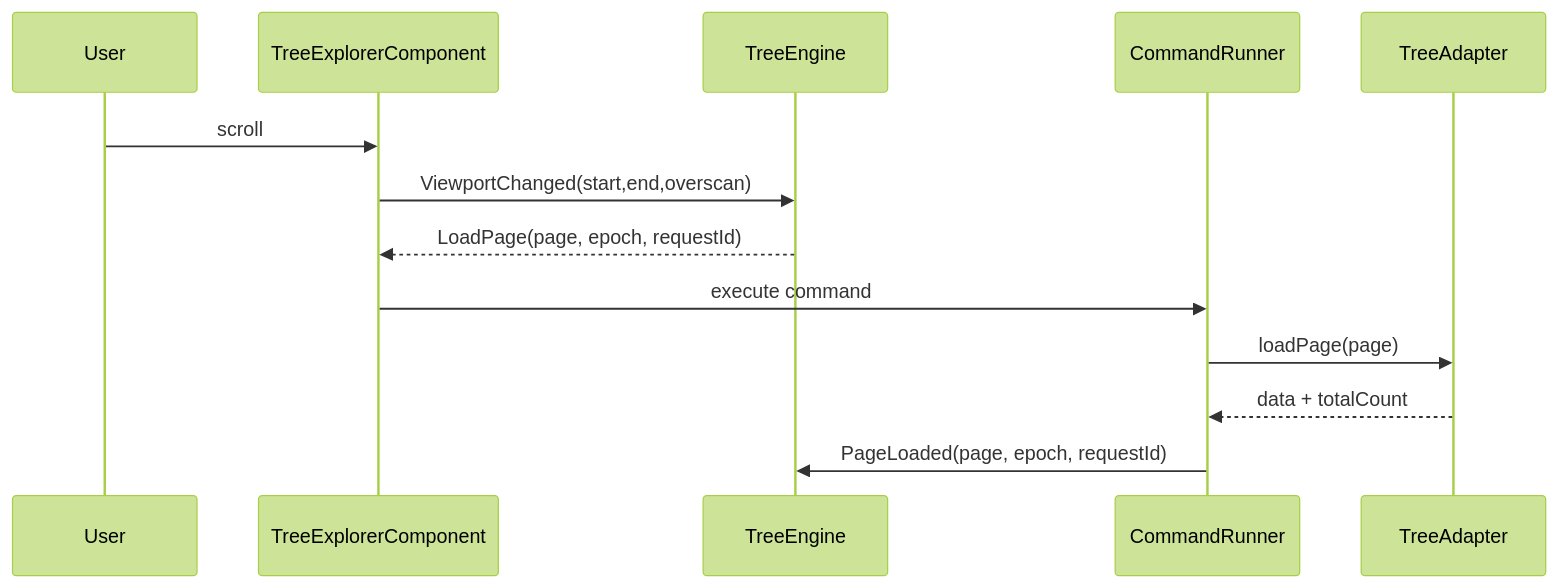
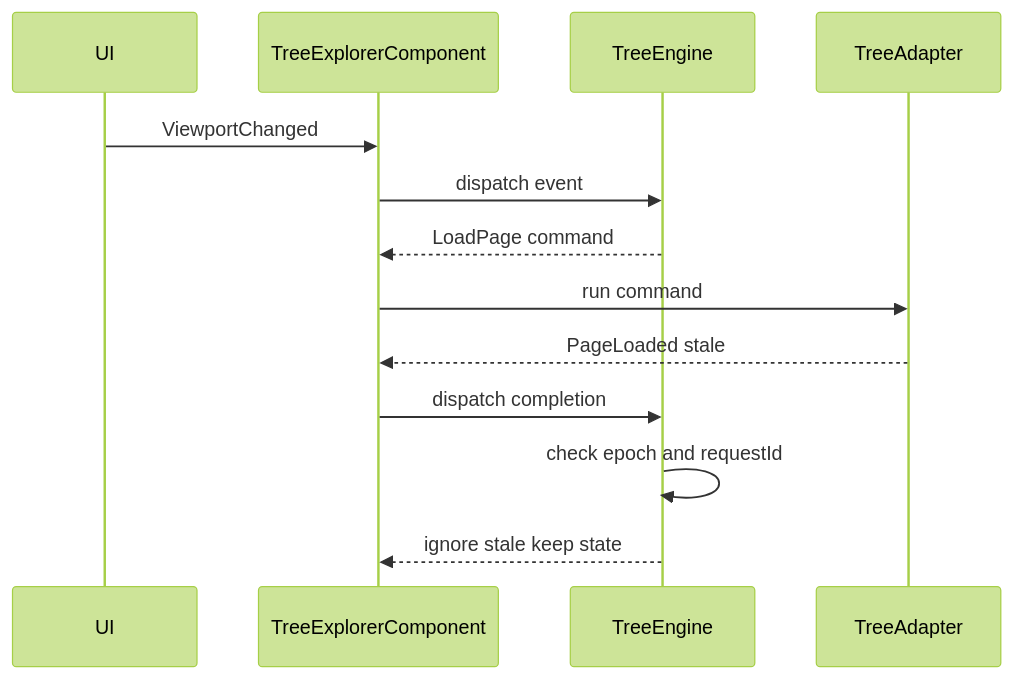
One commit to Robertcl795/tree-explorer changed the second of 3 diagrams in docs/ARCHITECTURE_OVERVIEW.md. Above: the diagram before and after it, drawn with Mermaid (forest theme). The commit also changed other lines of this file and 19 other files, not shown here.

````diff
--- a/docs/ARCHITECTURE_OVERVIEW.md
+++ b/docs/ARCHITECTURE_OVERVIEW.md
@@ -63,16 +175,16 @@
 ```mermaid
 sequenceDiagram
-  participant UI as User
-  participant CMP as TreeExplorerComponent
+  participant UI as UI
+  participant HOST as TreeExplorerComponent
   participant ENG as TreeEngine
-  participant RUN as CommandRunner
   participant ADP as TreeAdapter
 
-  UI->>CMP: scroll
-  CMP->>ENG: ViewportChanged(start,end,overscan)
-  ENG-->>CMP: LoadPage(page, epoch, requestId)
-  CMP->>RUN: execute command
-  RUN->>ADP: loadPage(page)
-  ADP-->>RUN: data + totalCount
-  RUN->>ENG: PageLoaded(page, epoch, requestId)
+  UI->>HOST: ViewportChanged
+  HOST->>ENG: dispatch event
+  ENG-->>HOST: LoadPage command
+  HOST->>ADP: run command
+  ADP-->>HOST: PageLoaded stale
+  HOST->>ENG: dispatch completion
+  ENG->>ENG: check epoch and requestId
+  ENG-->>HOST: ignore stale keep state
 ```
````
